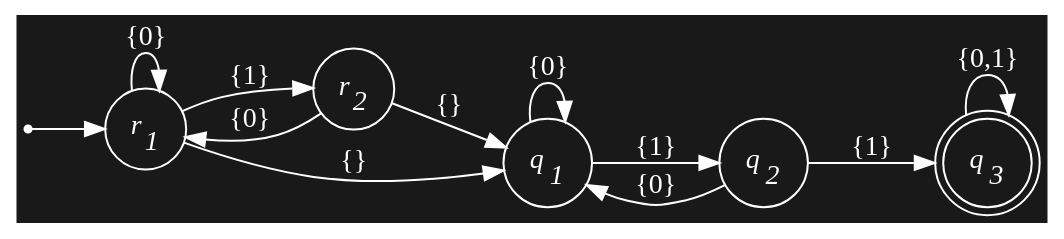
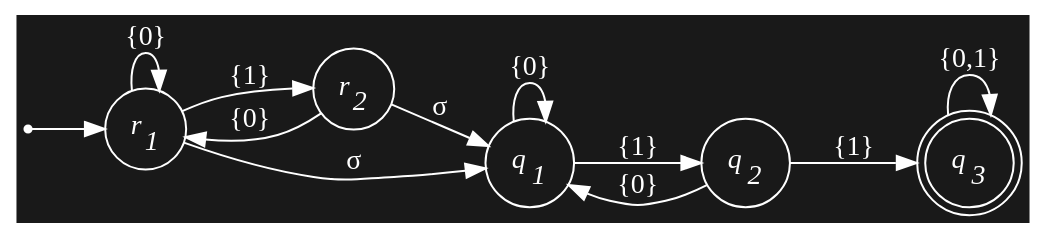
One commit to cd-public/compute changed diagram 11 of 14 in qmd/src/closures.qmd. Above: the diagram before and after it, drawn with Graphviz. The commit also changed other lines of this file and 24 other files, not shown here.

````diff
--- a/qmd/src/closures.qmd
+++ b/qmd/src/closures.qmd
@@ -509,28 +510,28 @@
 ```{dot filename="Finite Automata"}
 //| echo: false
 digraph finite_automata {
   rankdir=LR; bgcolor="#191919";
   node [fontcolor = "#ffffff", color = "#ffffff"]
   edge [color = "#ffffff",fontcolor = "#ffffff"]
 
   node [shape=circle];
   r0 [label="",shape=point]; 
   r1 [label=<<I>r<SUB>1</SUB></I>>];
   r2 [label=<<I>r<SUB>2</SUB></I>>]; 
   q1 [label=<<I>q<SUB>1</SUB></I>>];
   q2 [label=<<I>q<SUB>2</SUB></I>>];
   q3 [label=<<I>q<SUB>3</SUB></I>>, shape=doublecircle]; 
 
   q1 -> q1 [label="{0}"];
   q1 -> q2 [label="{1}"];
   q2 -> q1 [label="{0}"];
   q2 -> q3 [label="{1}"];
   q3 -> q3 [label="{0,1}"];
   r0 -> r1 []
   r1 -> r1 [label="{0}"];
   r1 -> r2 [label="{1}"];
   r2 -> r1 [label="{0}"];
-  r1 -> q1 [label="{}"];
-  r2 -> q1 [label="{}"];
+  r1 -> q1 [label="σ"];
+  r2 -> q1 [label="σ"];
 }
 ```
````
